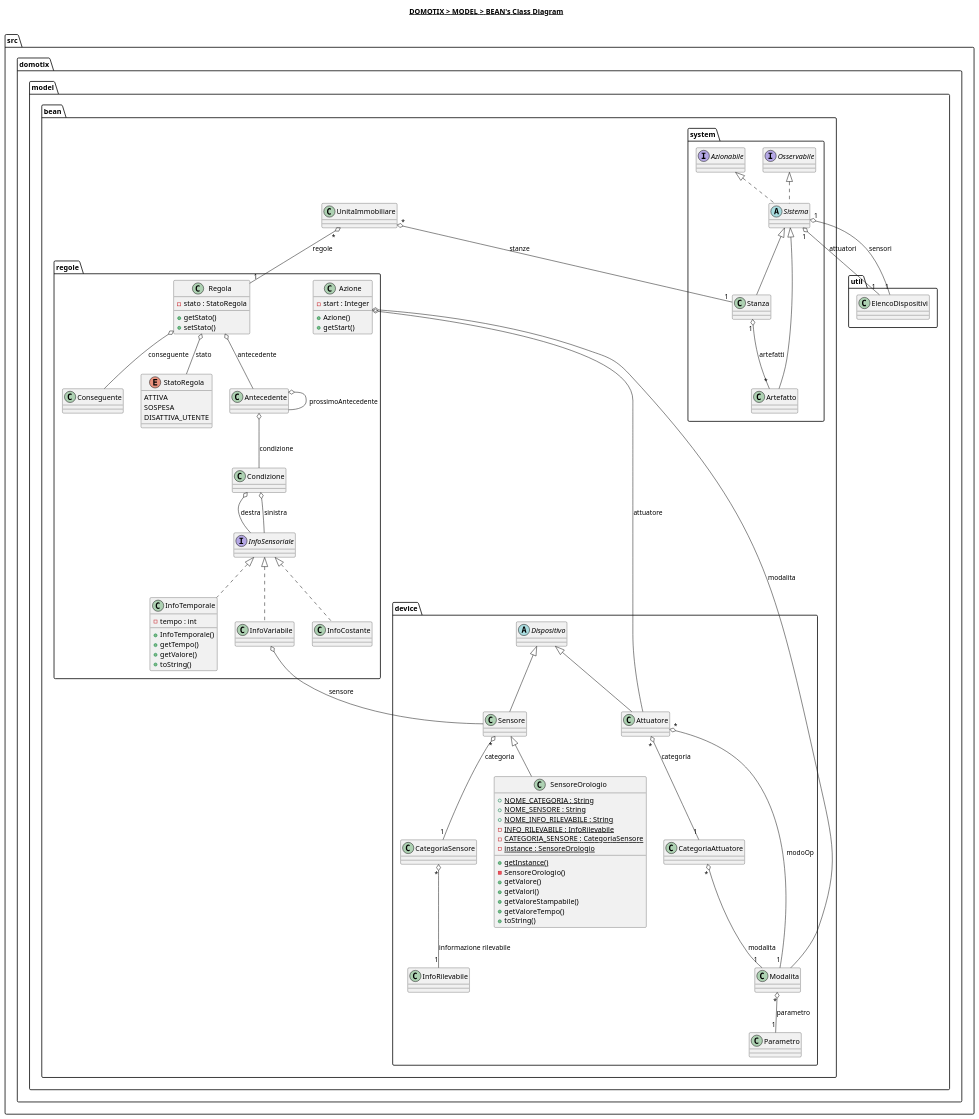
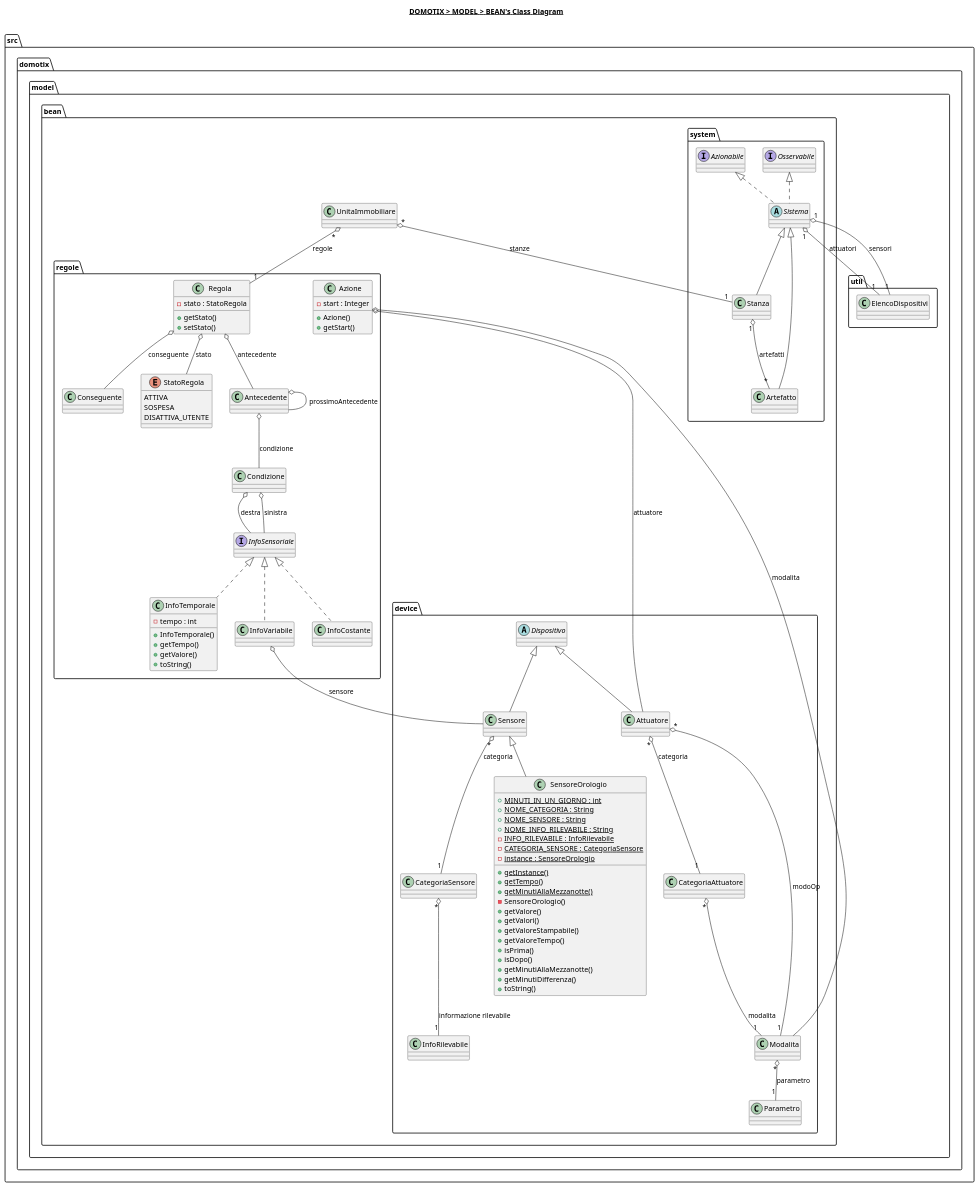
The diagram in src/domotix/model/bean/bean.plantuml (Edoar-do/Domotix), drawn with PlantUML before and after one commit. The commit also changed 1 other file, not shown here.

```diff
--- a/src/domotix/model/bean/bean.plantuml
+++ b/src/domotix/model/bean/bean.plantuml
@@ -1,154 +1,161 @@
 @startuml
 
 title __DOMOTIX > MODEL > BEAN's Class Diagram__\n
 
 namespace src.domotix.model {
     namespace util {
     }
 
     namespace bean {
         class src.domotix.model.bean.UnitaImmobiliare {
         }
 
         namespace device {
             class src.domotix.model.bean.device.Attuatore {
             }
 
             class src.domotix.model.bean.device.CategoriaAttuatore {
             }
 
             class src.domotix.model.bean.device.CategoriaSensore {
             }
 
             abstract class src.domotix.model.bean.device.Dispositivo {
             }
 
             class src.domotix.model.bean.device.Modalita {
             }
 
             class src.domotix.model.bean.device.Parametro {
             }
 
             class src.domotix.model.bean.device.Sensore {
             }
 
             class src.domotix.model.bean.device.InfoRilevabile {
             }
 
             class src.domotix.model.bean.device.SensoreOrologio {
+                {static} + MINUTI_IN_UN_GIORNO : int
                 {static} + NOME_CATEGORIA : String
                 {static} + NOME_SENSORE : String
                 {static} + NOME_INFO_RILEVABILE : String
                 {static} - INFO_RILEVABILE : InfoRilevabile
                 {static} - CATEGORIA_SENSORE : CategoriaSensore
                 {static} - instance : SensoreOrologio
                 {static} + getInstance()
+                {static} + getTempo()
+                {static} + getMinutiAllaMezzanotte()
                 - SensoreOrologio()
                 + getValore()
                 + getValori()
                 + getValoreStampabile()
                 + getValoreTempo()
+                + isPrima()
+                + isDopo()
+                + getMinutiAllaMezzanotte()
+                + getMinutiDifferenza()
                 + toString()
             }
         }
 
         namespace system {
             class src.domotix.model.bean.system.Artefatto {
               }
 
               interface src.domotix.model.bean.system.Azionabile {
               }
 
               interface src.domotix.model.bean.system.Osservabile {
               }
 
               abstract class src.domotix.model.bean.system.Sistema {
               }
 
               class src.domotix.model.bean.system.Stanza {
               }
         }
 
         namespace regole {
             class src.domotix.model.bean.regole.Regola {
                 - stato : StatoRegola
                 + getStato()
                 + setStato()
             }
 
             enum src.domotix.model.bean.regole.StatoRegola {
                 ATTIVA
                 SOSPESA
                 DISATTIVA_UTENTE
             }
 
             class src.domotix.model.bean.regole.Antecedente {
             }
 
             class src.domotix.model.bean.regole.Condizione {
             }
 
             interface src.domotix.model.bean.regole.InfoSensoriale {
             }
 
             class src.domotix.model.bean.regole.InfoCostante {
             }
 
             class src.domotix.model.bean.regole.InfoTemporale {
                 - tempo : int
                 + InfoTemporale()
                 + getTempo()
                 + getValore()
                 + toString()
             }
 
             class src.domotix.model.bean.regole.InfoVariabile {
             }
 
             class src.domotix.model.bean.regole.Conseguente {
             }
 
             class src.domotix.model.bean.regole.Azione {
                 - start : Integer
                 + Azione()
                 + getStart()
             }
         }
     }
 }
 
 src.domotix.model.bean.device.Attuatore -up-|> src.domotix.model.bean.device.Dispositivo
 src.domotix.model.bean.device.Attuatore "*" o-- "1" src.domotix.model.bean.device.CategoriaAttuatore : categoria
 src.domotix.model.bean.device.Attuatore "*" o-- "1" src.domotix.model.bean.device.Modalita : modoOp
 src.domotix.model.bean.device.CategoriaAttuatore "*" o-- "1" src.domotix.model.bean.device.Modalita : modalita
 src.domotix.model.bean.device.Modalita "*" o-- "1" src.domotix.model.bean.device.Parametro : parametro
 src.domotix.model.bean.device.Sensore -up-|> src.domotix.model.bean.device.Dispositivo
 src.domotix.model.bean.device.Sensore "*" o-- "1" src.domotix.model.bean.device.CategoriaSensore : categoria
 src.domotix.model.bean.device.CategoriaSensore "*" o-- "1" src.domotix.model.bean.device.InfoRilevabile : informazione rilevabile
 src.domotix.model.bean.device.SensoreOrologio -up-|> src.domotix.model.bean.device.Sensore
 
 src.domotix.model.bean.system.Artefatto -up-|> src.domotix.model.bean.system.Sistema
 src.domotix.model.bean.system.Sistema .up.|> src.domotix.model.bean.system.Azionabile
 src.domotix.model.bean.system.Sistema .up.|> src.domotix.model.bean.system.Osservabile
 src.domotix.model.bean.system.Sistema "1" o-- "1" src.domotix.model.util.ElencoDispositivi : attuatori
 src.domotix.model.bean.system.Sistema "1" o-- "1" src.domotix.model.util.ElencoDispositivi : sensori
 src.domotix.model.bean.system.Stanza -up-|> src.domotix.model.bean.system.Sistema
 src.domotix.model.bean.system.Stanza "1" o-- "*" src.domotix.model.bean.system.Artefatto : artefatti
 src.domotix.model.bean.UnitaImmobiliare "*" o-- "1" src.domotix.model.bean.system.Stanza : stanze
 src.domotix.model.bean.UnitaImmobiliare "*" o-- "1" src.domotix.model.bean.regole.Regola : regole
 
 src.domotix.model.bean.regole.Antecedente o-- src.domotix.model.bean.regole.Condizione : condizione
 src.domotix.model.bean.regole.Antecedente o-- src.domotix.model.bean.regole.Antecedente : prossimoAntecedente
 src.domotix.model.bean.regole.Azione o-- src.domotix.model.bean.device.Attuatore : attuatore
 src.domotix.model.bean.regole.Azione o-- src.domotix.model.bean.device.Modalita : modalita
 src.domotix.model.bean.regole.Condizione o-- src.domotix.model.bean.regole.InfoSensoriale : destra
 src.domotix.model.bean.regole.Condizione o-- src.domotix.model.bean.regole.InfoSensoriale : sinistra
 src.domotix.model.bean.regole.InfoCostante .up.|> src.domotix.model.bean.regole.InfoSensoriale
 src.domotix.model.bean.regole.InfoVariabile .up.|> src.domotix.model.bean.regole.InfoSensoriale
 src.domotix.model.bean.regole.InfoTemporale .up.|> src.domotix.model.bean.regole.InfoSensoriale
 src.domotix.model.bean.regole.InfoVariabile o-- src.domotix.model.bean.device.Sensore : sensore
 src.domotix.model.bean.regole.Regola o-- src.domotix.model.bean.regole.Antecedente : antecedente
 src.domotix.model.bean.regole.Regola o-- src.domotix.model.bean.regole.Conseguente : conseguente
 src.domotix.model.bean.regole.Regola o-- src.domotix.model.bean.regole.StatoRegola : stato
 
 @enduml
```
